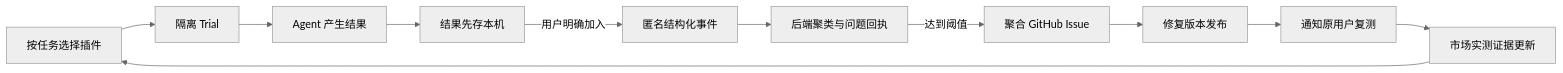
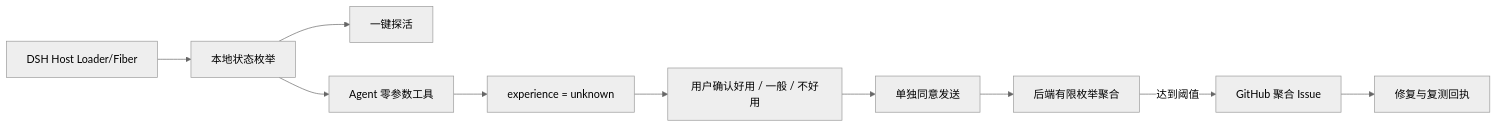
The diagram in README.md (omdsh-dev/omdsh-plugin-lab), drawn with Mermaid (neutral theme) before and after one commit. The commit also changed other lines of this file and 80 other files, not shown here.

````diff
--- a/README.md
+++ b/README.md
@@ -25,13 +19,12 @@
 ```mermaid
 flowchart LR
-  A["按任务选择插件"] --> B["隔离 Trial"]
-  B --> C["Agent 产生结果"]
-  C --> D["结果先存本机"]
-  D -->|"用户明确加入"| E["匿名结构化事件"]
-  E --> F["后端聚类与问题回执"]
-  F -->|"达到阈值"| G["聚合 GitHub Issue"]
-  G --> H["修复版本发布"]
-  H --> I["通知原用户复测"]
-  I --> J["市场实测证据更新"]
-  J --> A
+  A["DSH Host Loader/Fiber"] --> B["本地状态枚举"]
+  B --> C["一键探活"]
+  B --> D["Agent 零参数工具"]
+  D --> E["experience = unknown"]
+  E --> F["用户确认好用 / 一般 / 不好用"]
+  F --> G["单独同意发送"]
+  G --> H["后端有限枚举聚合"]
+  H -->|"达到阈值"| I["GitHub 聚合 Issue"]
+  I --> J["修复与复测回执"]
 ```
````
